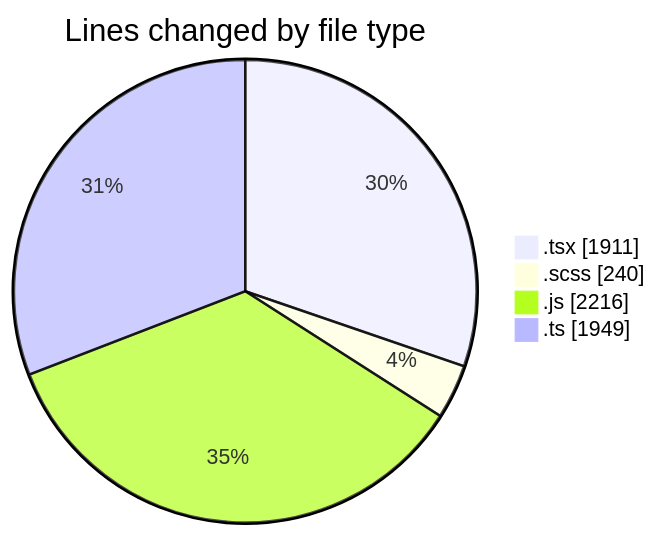
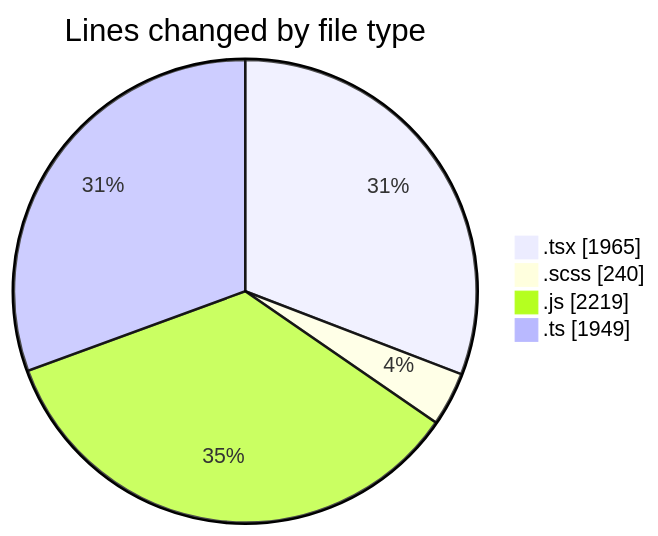
One commit to momahboobian/code-tracking changed the first of 2 diagrams in 2026-06-17/cda/README.md. Above: the diagram before and after it, drawn with Mermaid. The commit also changed other lines of this file and 1 other file, not shown here.

````diff
--- a/2026-06-17/cda/README.md
+++ b/2026-06-17/cda/README.md
@@ -49,8 +49,8 @@
 ```mermaid
 pie showData
 title Lines changed by file type
-".tsx" : 1911
+".tsx" : 1965
 ".scss" : 240
-".js" : 2216
+".js" : 2219
 ".ts" : 1949
 ```
````
